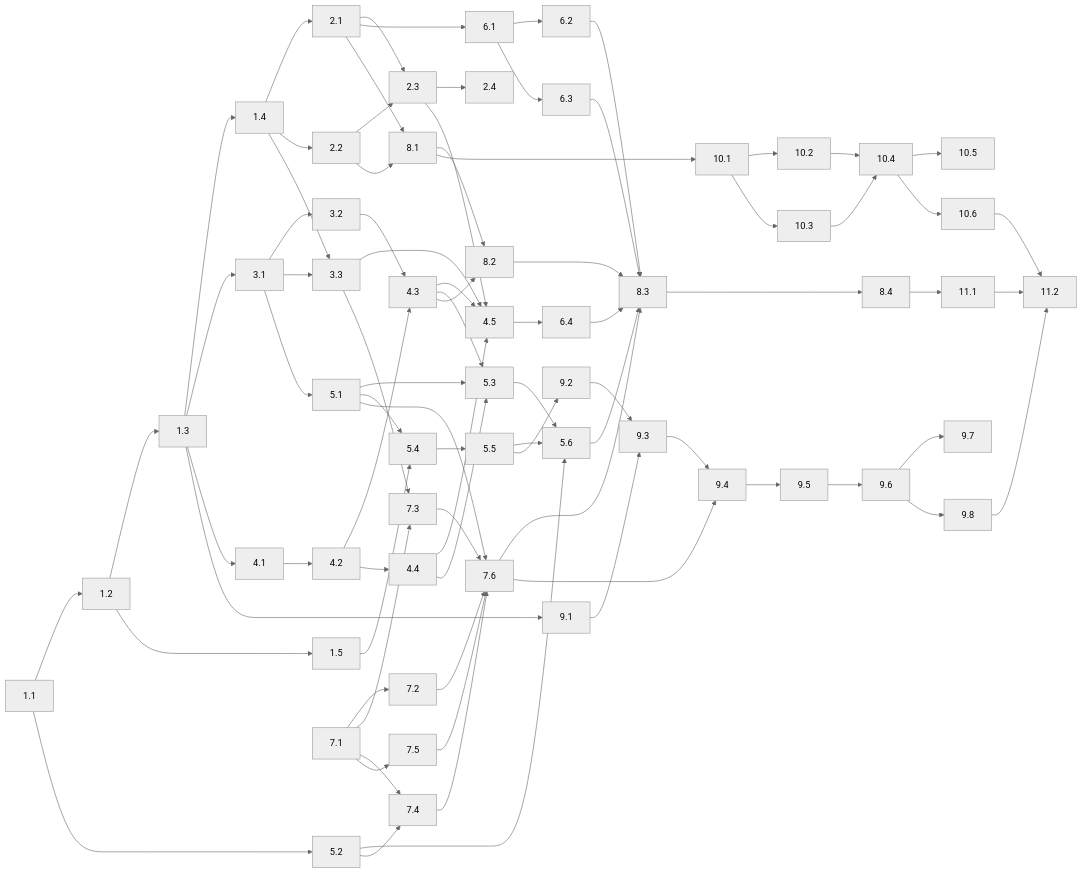
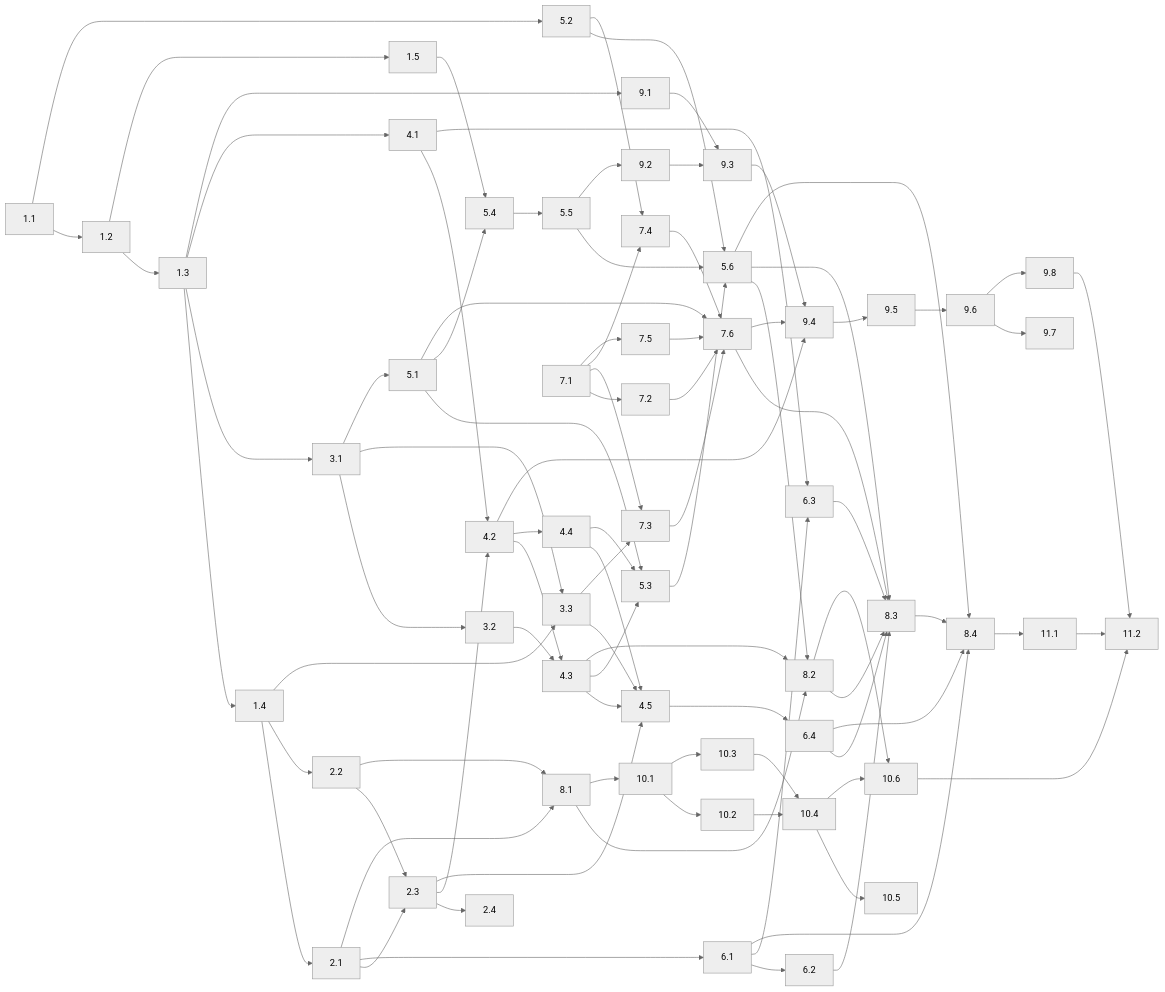
Before and after one commit to Aliquanto3/service-public-slm-fine-tuning: the diagram in _bmad-output/planning-artifacts/epics.md, drawn with Mermaid (neutral theme). The commit also changed other lines of this file and 3 other files, not shown here.

````diff
--- a/_bmad-output/planning-artifacts/epics.md
+++ b/_bmad-output/planning-artifacts/epics.md
@@ -1737,68 +1740,76 @@
 ```mermaid
 flowchart LR
   s11[1.1] --> s12[1.2] --> s13[1.3] --> s14[1.4]
   s12 --> s15[1.5]
   s11 --> s52[5.2]
   s14 --> s21[2.1]
   s14 --> s22[2.2]
   s21 --> s23[2.3]
   s22 --> s23
   s23 --> s24[2.4]
   s13 --> s31[3.1] --> s32[3.2]
   s31 --> s33[3.3]
   s14 --> s33
   s13 --> s41[4.1] --> s42[4.2] --> s43[4.3]
   s32 --> s43
   s42 --> s44[4.4]
+  s23 --> s42
   s43 --> s45[4.5]
   s44 --> s45
   s23 --> s45
   s33 --> s45
   s31 --> s51[5.1]
   s51 --> s53[5.3]
   s43 --> s53
   s44 --> s53
   s51 --> s54[5.4]
   s15 --> s54
   s54 --> s55[5.5]
   s52 --> s56[5.6]
   s53 --> s56
   s55 --> s56
   s21 --> s61[6.1]
   s61 --> s62[6.2]
   s61 --> s63[6.3]
+  s41 --> s63
   s45 --> s64[6.4]
   s71[7.1] --> s72[7.2] --> s76[7.6]
   s71 --> s73[7.3] --> s76
   s33 --> s73
   s71 --> s74[7.4] --> s76
   s52 --> s74
   s71 --> s75[7.5] --> s76
   s51 --> s76
   s21 --> s81[8.1]
   s22 --> s81
   s81 --> s82[8.2]
   s43 --> s82
+  s56 --> s82
   s82 --> s83[8.3]
   s56 --> s83
   s62 --> s83
   s63 --> s83
   s64 --> s83
   s76 --> s83
   s83 --> s84[8.4]
+  s56 --> s84
+  s61 --> s84
+  s64 --> s84
   s13 --> s91[9.1] --> s93[9.3]
   s55 --> s92[9.2] --> s93
   s93 --> s94[9.4] --> s95[9.5] --> s96[9.6]
   s76 --> s94
+  s42 --> s94
   s96 --> s97[9.7]
   s96 --> s98[9.8]
   s81 --> s101[10.1]
   s101 --> s102[10.2] --> s104[10.4]
   s101 --> s103[10.3] --> s104
   s104 --> s105[10.5]
   s104 --> s106[10.6]
+  s82 --> s106
   s84 --> s111[11.1]
   s106 --> s112[11.2]
   s98 --> s112
   s111 --> s112
 ```
````
